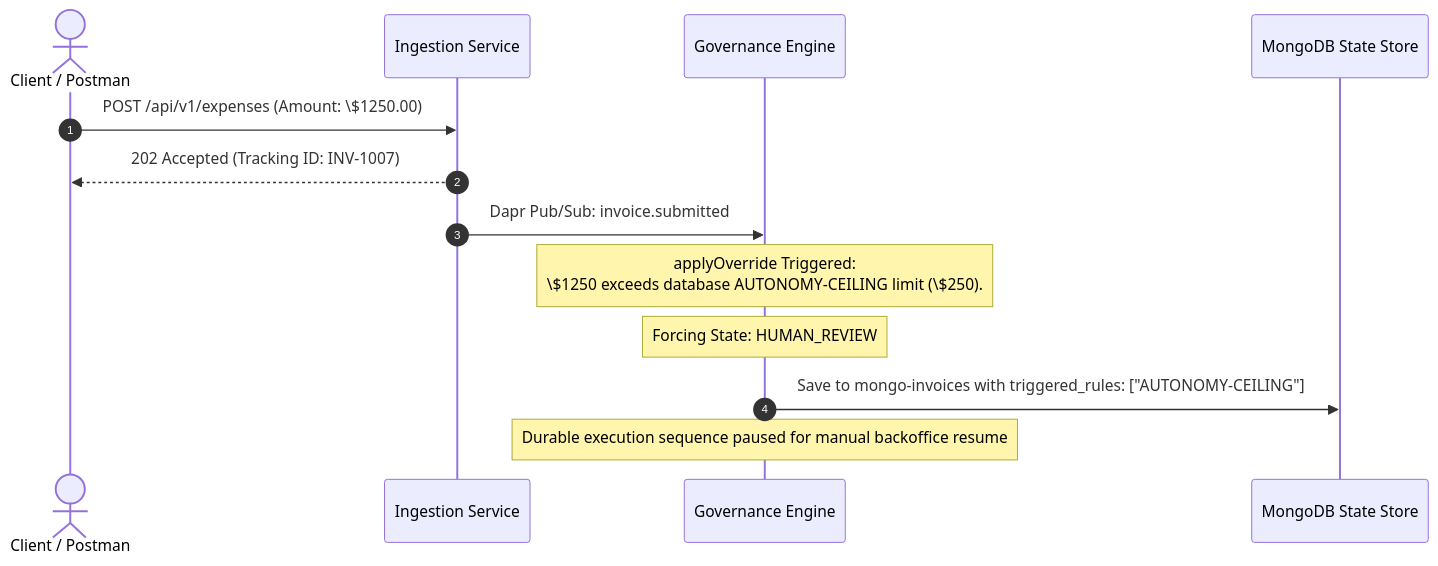
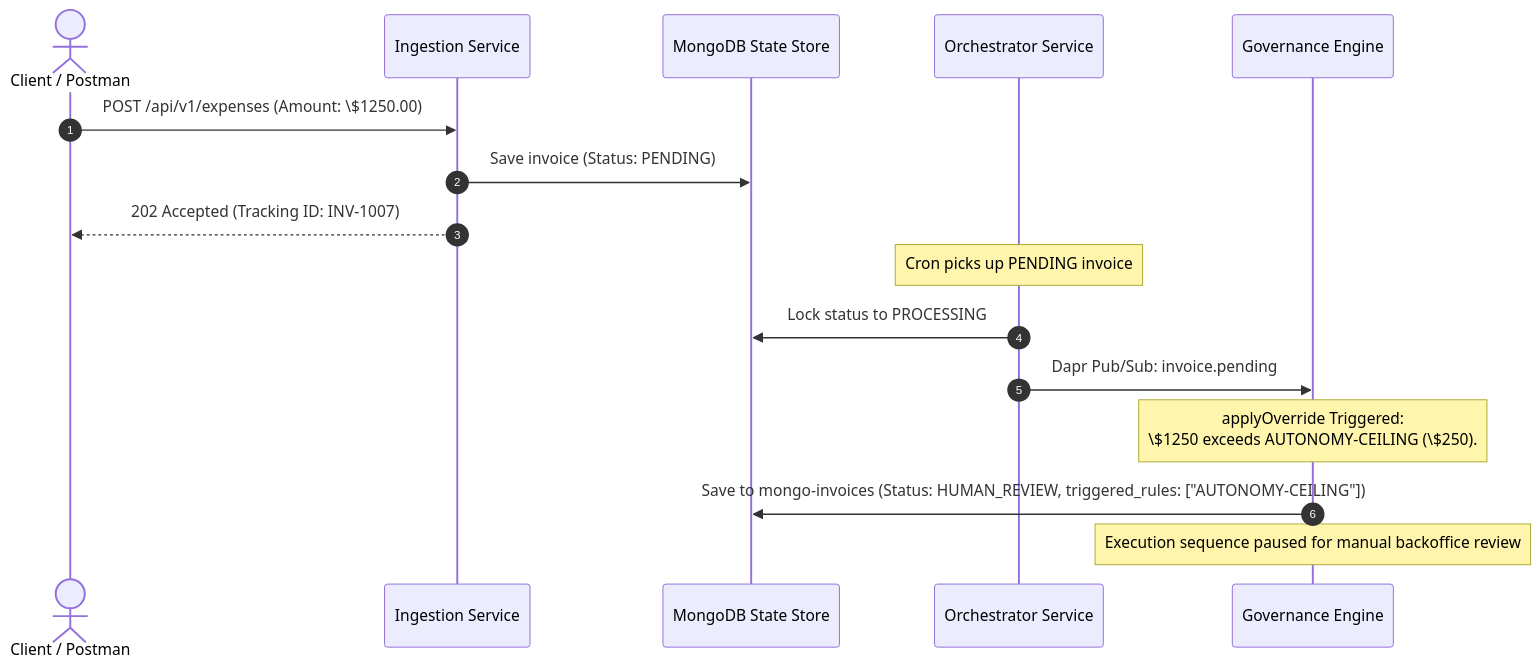
Before and after one commit to roman-shneer/InvoiceApprovalFlow: the third of 4 diagrams in docs/ARCHITECTURE.md, drawn with Mermaid. The commit also changed other lines of this file and 11 other files, not shown here.

Commit message:
feat(orchestrator) created orchestrator service as solution for scalability and failed in process invoices

````diff
--- a/docs/ARCHITECTURE.md
+++ b/docs/ARCHITECTURE.md
@@ -102,17 +113,21 @@
 ```mermaid
 sequenceDiagram
     autonumber
     actor Client as Client / Postman
     participant IS as Ingestion Service
+    participant DB as MongoDB State Store
+    participant OS as Orchestrator Service
     participant GS as Governance Engine
-    participant DB as MongoDB State Store
 
     Client->>IS: POST /api/v1/expenses (Amount: \$1250.00)
+    IS->>DB: Save invoice (Status: PENDING)
     IS-->>Client: 202 Accepted (Tracking ID: INV-1007)
-    IS->>GS: Dapr Pub/Sub: invoice.submitted
     
-    Note over GS: applyOverride Triggered:<br/>\$1250 exceeds database AUTONOMY-CEILING limit (\$250).
-    Note over GS: Forcing State: HUMAN_REVIEW
-    GS->>DB: Save to mongo-invoices with triggered_rules: ["AUTONOMY-CEILING"]
-    Note over GS: Durable execution sequence paused for manual backoffice resume
+    Note over OS: Cron picks up PENDING invoice
+    OS->>DB: Lock status to PROCESSING
+    OS->>GS: Dapr Pub/Sub: invoice.pending
+    
+    Note over GS: applyOverride Triggered:<br/>\$1250 exceeds AUTONOMY-CEILING (\$250).
+    GS->>DB: Save to mongo-invoices (Status: HUMAN_REVIEW, triggered_rules: ["AUTONOMY-CEILING"])
+    Note over GS: Execution sequence paused for manual backoffice review
 ```
````
